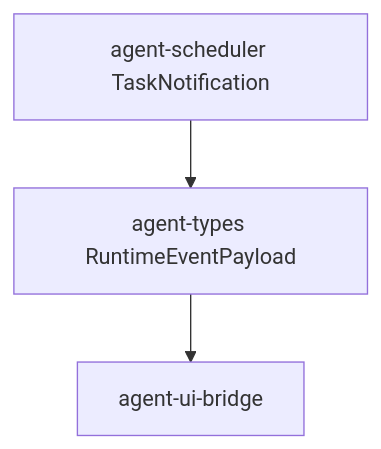
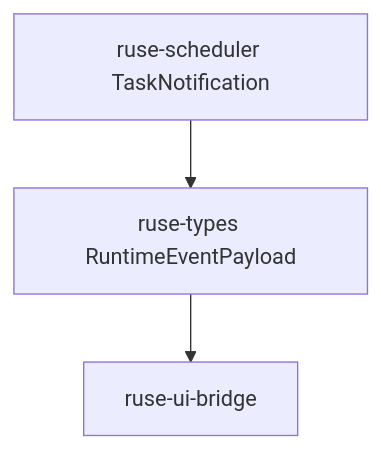
Before and after one commit to poneding/agent: the diagram in docs/specs/M08-04-notifications.spec.md, drawn with Mermaid. The commit also changed other lines of this file and 2091 other files, not shown here.

First line of the commit message:
refactor: rename agent branding to ruse

````diff
--- a/docs/specs/M08-04-notifications.spec.md
+++ b/docs/specs/M08-04-notifications.spec.md
@@ -33,5 +33,5 @@
 ```mermaid
 flowchart TD
-  scheduler["agent-scheduler TaskNotification"] --> types["agent-types RuntimeEventPayload"]
-  types --> bridge["agent-ui-bridge"]
+  scheduler["ruse-scheduler TaskNotification"] --> types["ruse-types RuntimeEventPayload"]
+  types --> bridge["ruse-ui-bridge"]
 ```
````
